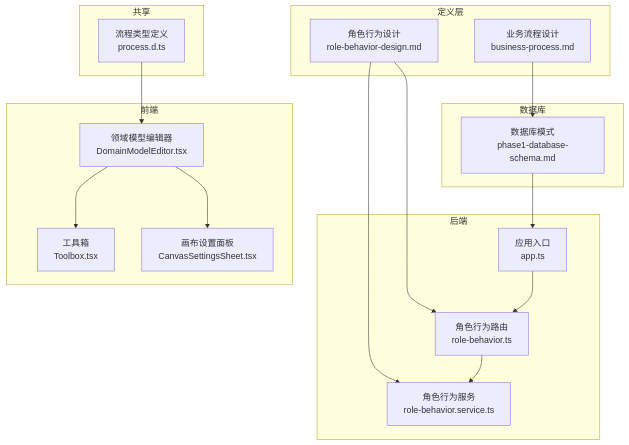
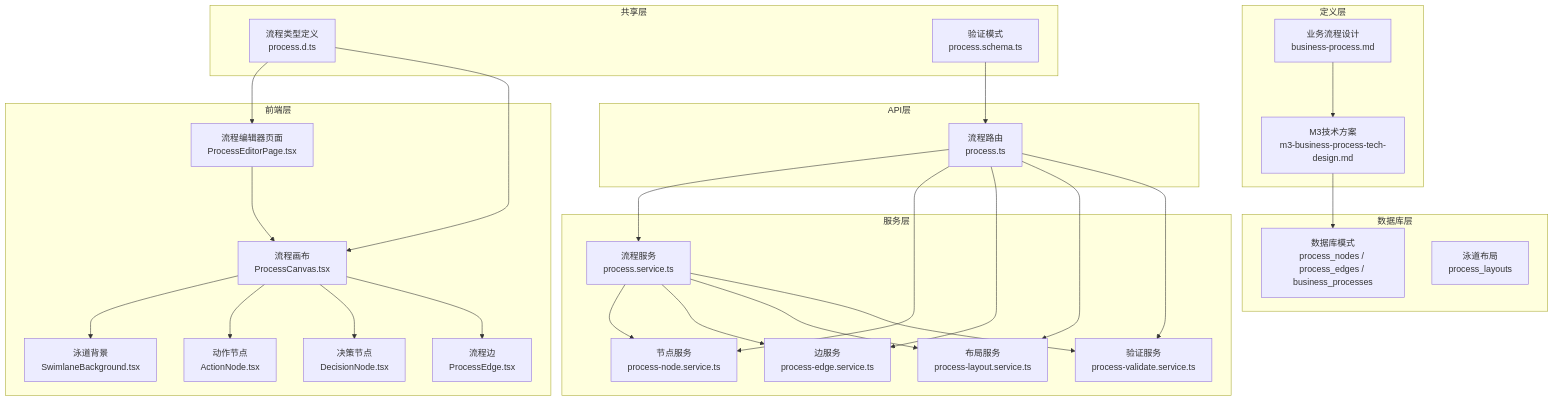
One commit to kai-cui1/ai-prototype-manager changed the first of 6 diagrams in .qoder/repowiki/zh/content/核心模块/业务流程管理模块.md. Above: the diagram before and after it, drawn with Mermaid. The commit also changed other lines of this file and 173 other files, not shown here.

````diff
--- a/.qoder/repowiki/zh/content/核心模块/业务流程管理模块.md
+++ b/.qoder/repowiki/zh/content/核心模块/业务流程管理模块.md
@@ -36,32 +60,52 @@
 ```mermaid
 graph TB
 subgraph "定义层"
 BP["业务流程设计<br/>business-process.md"]
-RBD["角色行为设计<br/>role-behavior-design.md"]
+M3["M3技术方案<br/>m3-business-process-tech-design.md"]
 end
-subgraph "数据库"
-DB["数据库模式<br/>phase1-database-schema.md"]
+subgraph "数据库层"
+DB["数据库模式<br/>process_nodes / process_edges / business_processes"]
+LAYOUT["泳道布局<br/>process_layouts"]
 end
-subgraph "后端"
-APP["应用入口<br/>app.ts"]
-RB_R["角色行为路由<br/>role-behavior.ts"]
-RB_S["角色行为服务<br/>role-behavior.service.ts"]
+subgraph "服务层"
+PS["流程服务<br/>process.service.ts"]
+PNS["节点服务<br/>process-node.service.ts"]
+PES["边服务<br/>process-edge.service.ts"]
+PLS["布局服务<br/>process-layout.service.ts"]
+PVS["验证服务<br/>process-validate.service.ts"]
 end
-subgraph "前端"
-DME["领域模型编辑器<br/>DomainModelEditor.tsx"]
-TB["工具箱<br/>Toolbox.tsx"]
-CSS["画布设置面板<br/>CanvasSettingsSheet.tsx"]
+subgraph "API层"
+PR["流程路由<br/>process.ts"]
 end
-subgraph "共享"
-PROC_T["流程类型定义<br/>process.d.ts"]
+subgraph "前端层"
+PEP["流程编辑器页面<br/>ProcessEditorPage.tsx"]
+PC["流程画布<br/>ProcessCanvas.tsx"]
+SW["泳道背景<br/>SwimlaneBackground.tsx"]
+AN["动作节点<br/>ActionNode.tsx"]
+DN["决策节点<br/>DecisionNode.tsx"]
+PE["流程边<br/>ProcessEdge.tsx"]
 end
-BP --> DB
-RBD --> RB_R
-RBD --> RB_S
-APP --> RB_R
-RB_R --> RB_S
-DB --> APP
-PROC_T --> DME
-DME --> TB
-DME --> CSS
+subgraph "共享层"
+PT["流程类型定义<br/>process.d.ts"]
+VS["验证模式<br/>process.schema.ts"]
+end
+M3 --> DB
+BP --> M3
+PS --> PNS
+PS --> PES
+PS --> PLS
+PS --> PVS
+PR --> PS
+PR --> PNS
+PR --> PES
+PR --> PLS
+PR --> PVS
+PEP --> PC
+PC --> SW
+PC --> AN
+PC --> DN
+PC --> PE
+PT --> PEP
+PT --> PC
+VS --> PR
 ```
````
